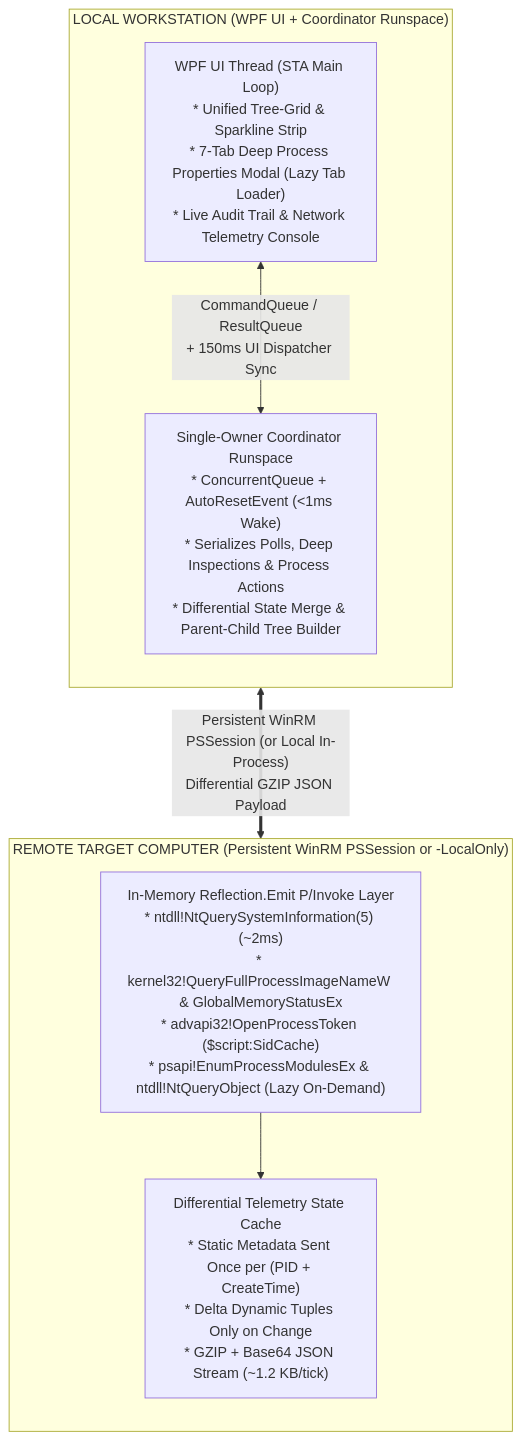
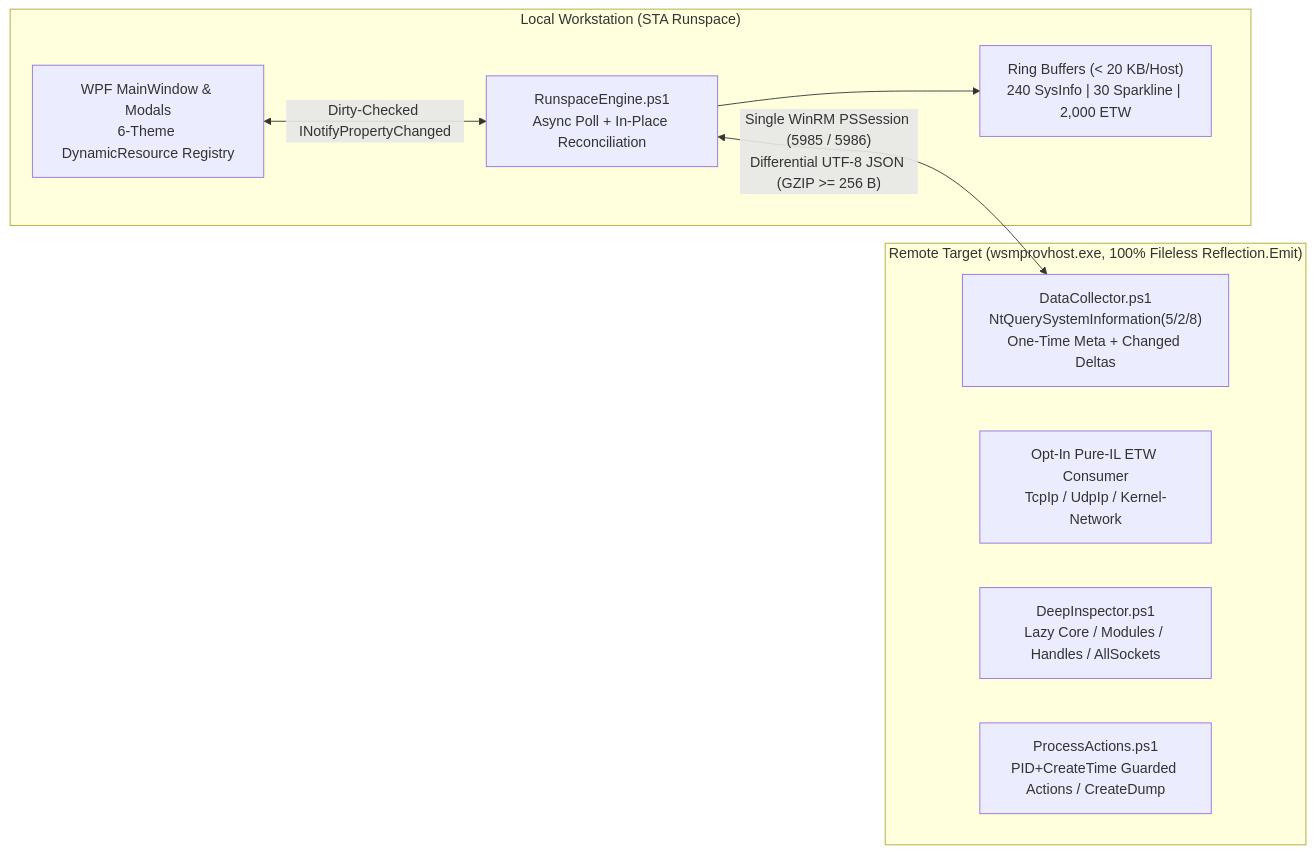
One commit to exh555/PSRPM changed the diagram in README.md. Above: the diagram before and after it, drawn with Mermaid. The commit also changed other lines of this file and 23 other files, not shown here.

Commit message:
chore(release): v1.12.0 - Runtime Stability, Async Closure Hardening, High-Core Scaling & README Overhaul

````diff
--- a/README.md
+++ b/README.md
@@ -103,18 +124,19 @@
 ```mermaid
-flowchart TB
-    subgraph Host["LOCAL WORKSTATION (WPF UI + Coordinator Runspace)"]
-        direction TB
-        UI["WPF UI Thread (STA Main Loop)<br/>* Unified Tree-Grid & Sparkline Strip<br/>* 7-Tab Deep Process Properties Modal (Lazy Tab Loader)<br/>* Live Audit Trail & Network Telemetry Console"]
-        Bus["Single-Owner Coordinator Runspace<br/>* ConcurrentQueue + AutoResetEvent (<1ms Wake)<br/>* Serializes Polls, Deep Inspections & Process Actions<br/>* Differential State Merge & Parent-Child Tree Builder"]
-        UI <-->|"CommandQueue / ResultQueue<br/>+ 150ms UI Dispatcher Sync"| Bus
+flowchart LR
+    subgraph Local["Local Workstation (STA Runspace)"]
+        UI["WPF MainWindow & Modals<br/>6-Theme DynamicResource Registry"]
+        RE["RunspaceEngine.ps1<br/>Async Poll + In-Place Reconciliation"]
+        RB["Ring Buffers (&lt; 20 KB/Host)<br/>240 SysInfo | 30 Sparkline | 2,000 ETW"]
+        UI <-->|"Dirty-Checked INotifyPropertyChanged"| RE
+        RE --> RB
     end
 
-    subgraph Target["REMOTE TARGET COMPUTER (Persistent WinRM PSSession or -LocalOnly)"]
-        direction TB
-        Native["In-Memory Reflection.Emit P/Invoke Layer<br/>* ntdll!NtQuerySystemInformation(5) (~2ms)<br/>* kernel32!QueryFullProcessImageNameW & GlobalMemoryStatusEx<br/>* advapi32!OpenProcessToken ($script:SidCache)<br/>* psapi!EnumProcessModulesEx & ntdll!NtQueryObject (Lazy On-Demand)"]
-        Diff["Differential Telemetry State Cache<br/>* Static Metadata Sent Once per (PID + CreateTime)<br/>* Delta Dynamic Tuples Only on Change<br/>* GZIP + Base64 JSON Stream (~1.2 KB/tick)"]
-        Native --> Diff
+    RE <-->|"Single WinRM PSSession (5985 / 5986)<br/>Differential UTF-8 JSON (GZIP >= 256 B)"| DC
+
+    subgraph Remote["Remote Target (wsmprovhost.exe, 100% Fileless Reflection.Emit)"]
+        DC["DataCollector.ps1<br/>NtQuerySystemInformation(5/2/8)<br/>One-Time Meta + Changed Deltas"]
+        ETW["Opt-In Pure-IL ETW Consumer<br/>TcpIp / UdpIp / Kernel-Network"]
+        DI["DeepInspector.ps1<br/>Lazy Core / Modules / Handles / AllSockets"]
+        PA["ProcessActions.ps1<br/>PID+CreateTime Guarded Actions / CreateDump"]
     end
-
-    Bus <==>|"Persistent WinRM PSSession (or Local In-Process)<br/>Differential GZIP JSON Payload"| Target
 ```
````
